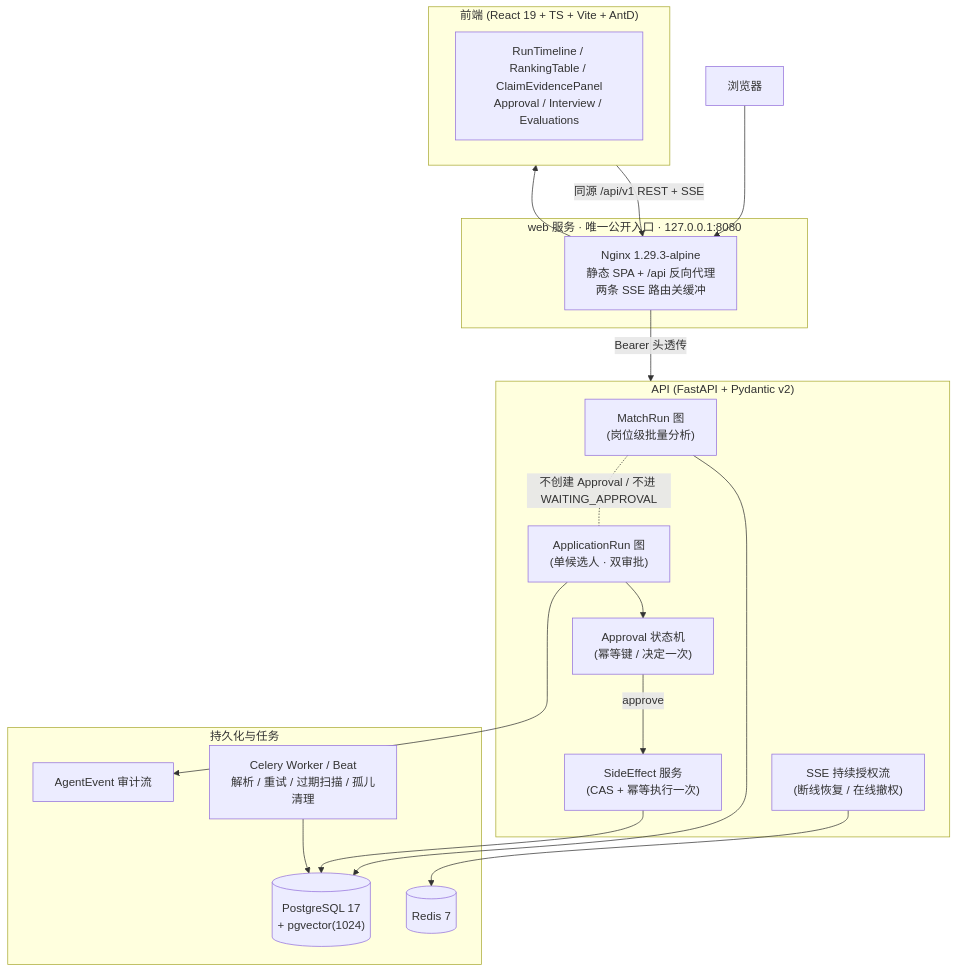
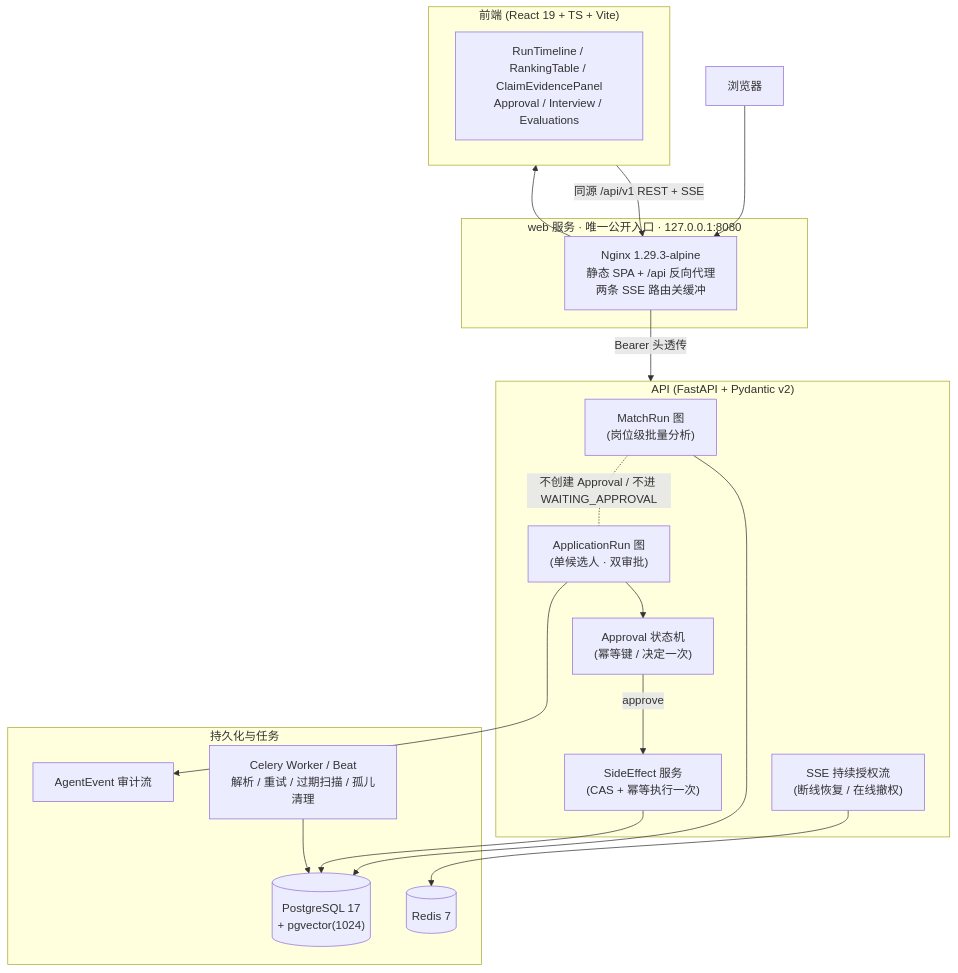
One commit to lans12138/resume-copilot changed the diagram in README.md. Above: the diagram before and after it, drawn with Mermaid. The commit also changed other lines of this file and 11 other files, not shown here.

````diff
--- a/README.md
+++ b/README.md
@@ -21,40 +21,40 @@
 ```mermaid
 flowchart TB
     BROWSER["浏览器"]
 
     subgraph WEB["web 服务 · 唯一公开入口 · 127.0.0.1:8080"]
         NGX["Nginx 1.29.3-alpine<br/>静态 SPA + /api 反向代理<br/>两条 SSE 路由关缓冲"]
     end
 
-    subgraph FRONTEND["前端 (React 19 + TS + Vite + AntD)"]
+    subgraph FRONTEND["前端 (React 19 + TS + Vite)"]
         UI["RunTimeline / RankingTable / ClaimEvidencePanel<br/>Approval / Interview / Evaluations"]
     end
 
     subgraph API["API (FastAPI + Pydantic v2)"]
         RG["MatchRun 图<br/>(岗位级批量分析)"]
         AG["ApplicationRun 图<br/>(单候选人 · 双审批)"]
         SSE["SSE 持续授权流<br/>(断线恢复 / 在线撤权)"]
         APP["Approval 状态机<br/>(幂等键 / 决定一次)"]
         SE["SideEffect 服务<br/>(CAS + 幂等执行一次)"]
     end
 
     subgraph STATE["持久化与任务"]
         PG[("PostgreSQL 17<br/>+ pgvector(1024)")]
         EV["AgentEvent 审计流"]
         REDIS[("Redis 7")]
         CELERY["Celery Worker / Beat<br/>解析 / 重试 / 过期扫描 / 孤儿清理"]
     end
 
     BROWSER --> NGX
     NGX --> FRONTEND
     FRONTEND -- "同源 /api/v1 REST + SSE" --> NGX
     NGX -- "Bearer 头透传" --> API
     RG --> PG
     AG --> APP
     APP -- "approve" --> SE
     SE --> PG
     AG --> EV
     SSE --> REDIS
     CELERY --> PG
     RG -. "不创建 Approval / 不进 WAITING_APPROVAL" .- AG
 ```
````
